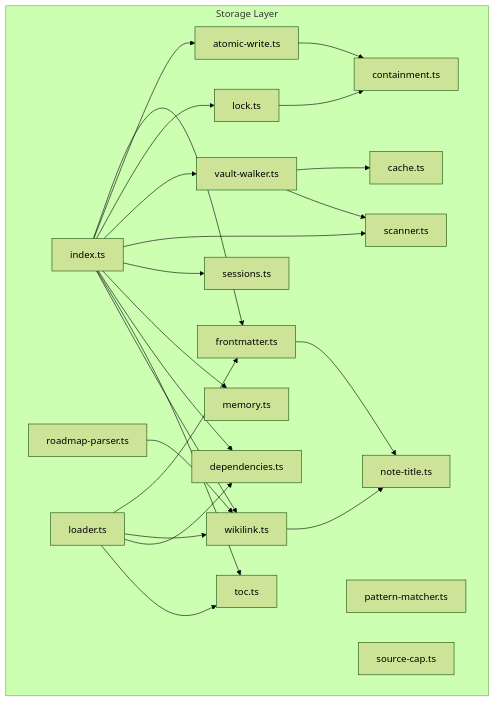
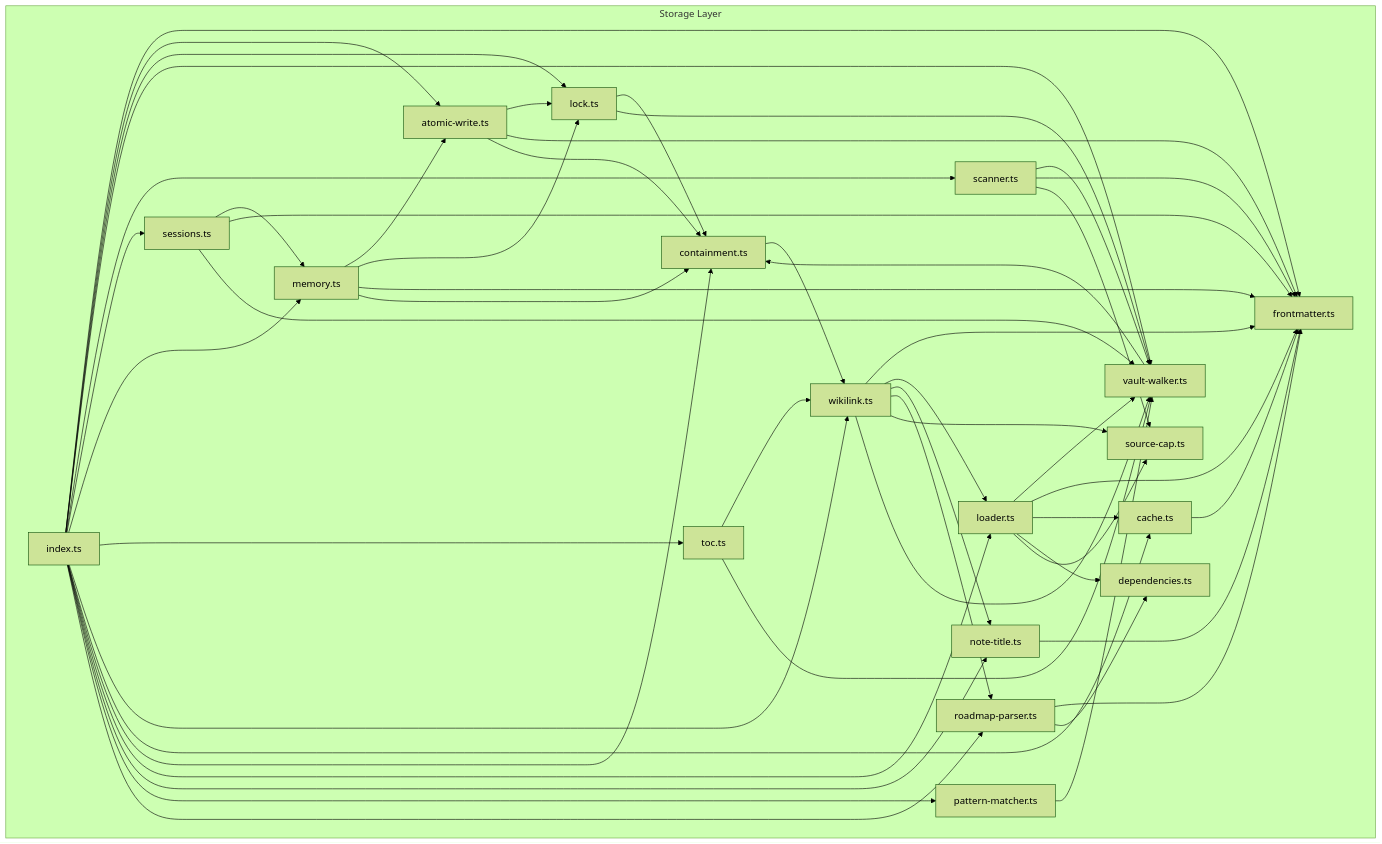
One commit to Kuldeep2822k/palee-architecture changed the first of 8 diagrams in Storage System/Storage System.md. Above: the diagram before and after it, drawn with Mermaid (forest theme). The commit also changed other lines of this file and 7 other files, not shown here.

````diff
--- a/Storage System/Storage System.md
+++ b/Storage System/Storage System.md
@@ -48,45 +21,74 @@
 ```mermaid
 graph TB
   subgraph "Storage Layer"
     fm["frontmatter.ts"]
     aw["atomic-write.ts"]
     lk["lock.ts"]
     vw["vault-walker.ts"]
     sc["scanner.ts"]
     sess["sessions.ts"]
     mem["memory.ts"]
     dep["dependencies.ts"]
     toc["toc.ts"]
     wl["wikilink.ts"]
     cache["cache.ts"]
     cont["containment.ts"]
     loader["loader.ts"]
     title["note-title.ts"]
     pat["pattern-matcher.ts"]
     road["roadmap-parser.ts"]
     cap["source-cap.ts"]
     idx["index.ts"]
   end
 
   idx --> fm
   idx --> aw
   idx --> lk
   idx --> vw
   idx --> sc
   idx --> sess
   idx --> mem
-  idx --> dep
   idx --> toc
   idx --> wl
-  vw --> cache
-  vw --> sc
-  fm --> title
-  wl --> title
-  road --> wl
+  idx --> cache
+  idx --> cont
+  idx --> loader
+  idx --> title
+  idx --> pat
+  idx --> road
+  vw --> cont
+  sc --> vw
+  sc --> fm
+  sc --> cap
+  cache --> fm
+  loader --> vw
   loader --> fm
-  loader --> wl
+  loader --> cache
   loader --> dep
-  loader --> toc
+  loader --> cap
+  aw --> lk
+  aw --> fm
   aw --> cont
   lk --> cont
+  lk --> vw
+  mem --> aw
+  mem --> lk
+  mem --> fm
+  mem --> cont
+  sess --> mem
+  sess --> fm
+  sess --> vw
+  wl --> fm
+  wl --> loader
+  wl --> title
+  wl --> road
+  wl --> cap
+  wl --> vw
+  road --> fm
+  road --> dep
+  toc --> wl
+  toc --> vw
+  title --> fm
+  pat --> vw
+  cont --> wl
 ```
````
